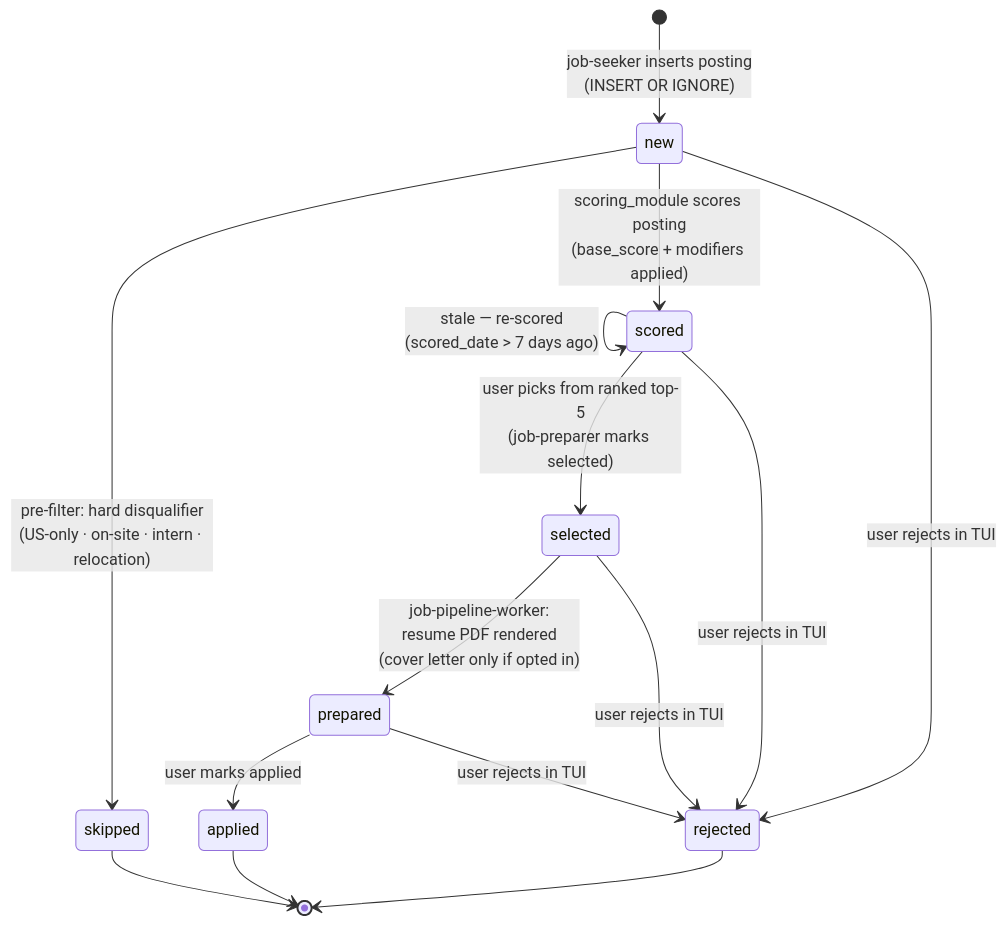
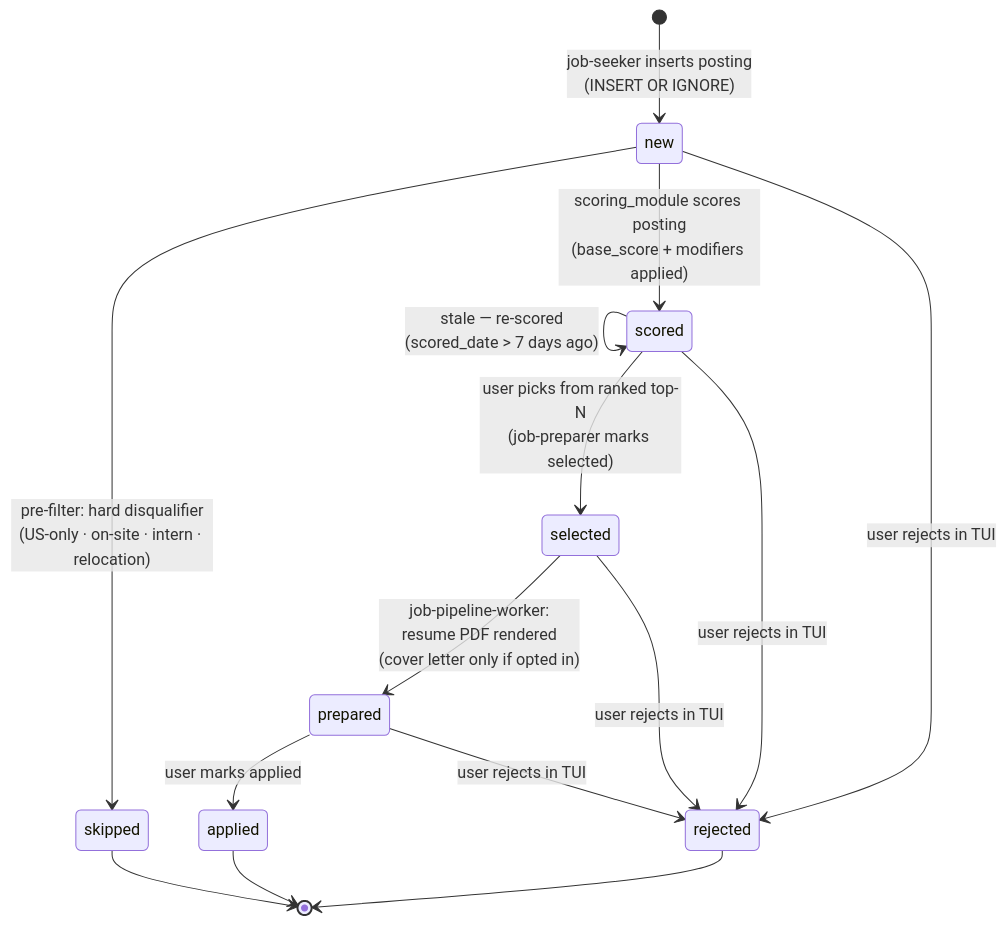
The diagram in docs/job-states.md (bildzeitung/job-harness), drawn with Mermaid before and after one commit. The commit also changed other lines of this file and 5 other files, not shown here.

First line of the commit message:
feat(pipeline): make the top-N presented to the user a JOB_TOP_N env var

````diff
--- a/docs/job-states.md
+++ b/docs/job-states.md
@@ -7,22 +7,22 @@
 ```mermaid
 stateDiagram-v2
     [*] --> new : job-seeker inserts posting<br>(INSERT OR IGNORE)
 
     new --> skipped : pre-filter: hard disqualifier<br>(US-only · on-site · intern · relocation)
     new --> scored : scoring_module scores posting<br>(base_score + modifiers applied)
     new --> rejected : user rejects in TUI
 
     scored --> scored : stale — re-scored<br>(scored_date > 7 days ago)
-    scored --> selected : user picks from ranked top-5<br>(job-preparer marks selected)
+    scored --> selected : user picks from ranked top-N<br>(job-preparer marks selected)
     scored --> rejected : user rejects in TUI
 
     selected --> prepared : job-pipeline-worker:<br>resume PDF rendered<br>(cover letter only if opted in)
     selected --> rejected : user rejects in TUI
 
     prepared --> applied : user marks applied
     prepared --> rejected : user rejects in TUI
 
     skipped --> [*]
     applied --> [*]
     rejected --> [*]
 ```
````
